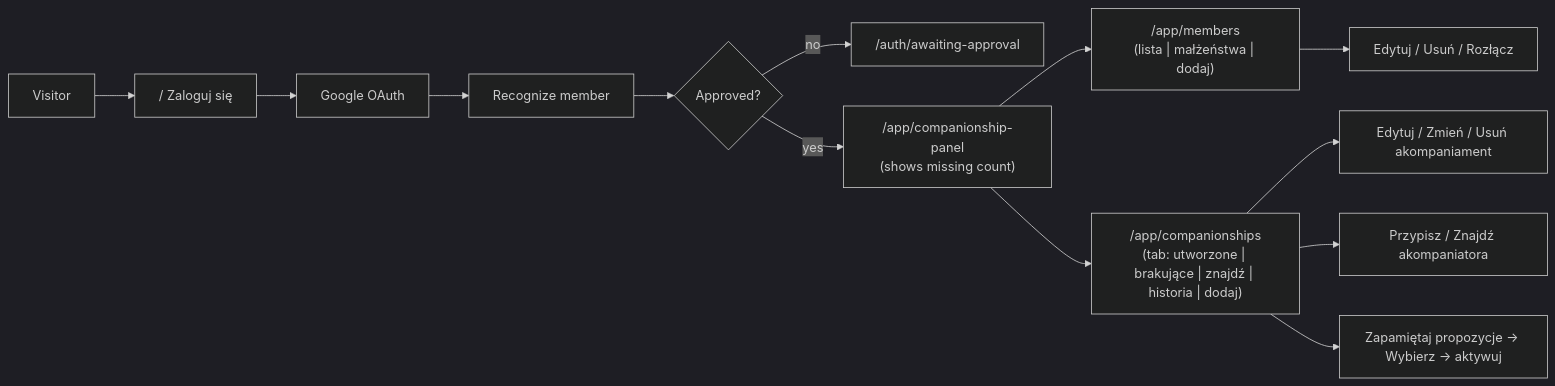
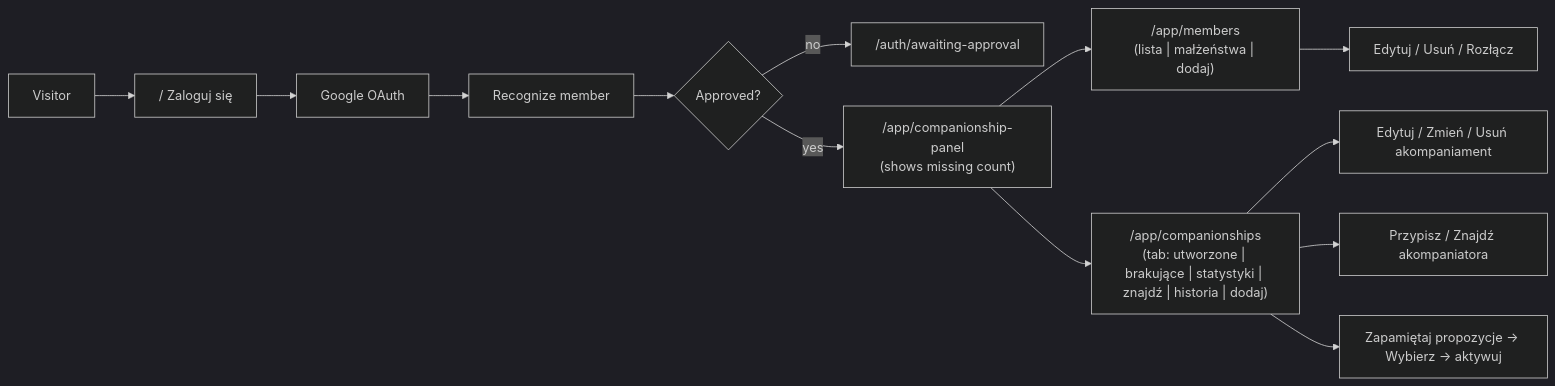
Before and after one commit to greg-latuszek/emma-companionship: the first of 2 diagrams in docs/README.md, drawn with Mermaid (dark theme). The commit also changed other lines of this file and 1 other file, not shown here.

Commit message:
Document the Statistics tab and its Overwhelmed Companions chart

````diff
--- a/docs/README.md
+++ b/docs/README.md
@@ -9,15 +9,15 @@
 ```mermaid
 flowchart LR
   visitor[Visitor] --> home["/ Zaloguj się"]
   home --> google[Google OAuth]
   google --> recognize[Recognize member]
   recognize --> pending{Approved?}
   pending -->|no| wait["/auth/awaiting-approval"]
   pending -->|yes| panel["/app/companionship-panel\n(shows missing count)"]
   panel --> members["/app/members\n(lista | małżeństwa | dodaj)"]
   members --> edit["Edytuj / Usuń / Rozłącz"]
-  panel --> companionships["/app/companionships\n(tab: utworzone | brakujące | znajdź | historia | dodaj)"]
+  panel --> companionships["/app/companionships\n(tab: utworzone | brakujące | statystyki | znajdź | historia | dodaj)"]
   companionships --> editRel["Edytuj / Zmień / Usuń akompaniament"]
   companionships --> assign["Przypisz / Znajdź akompaniatora"]
   companionships --> find["Zapamiętaj propozycje → Wybierz → aktywuj"]
 ```
````
